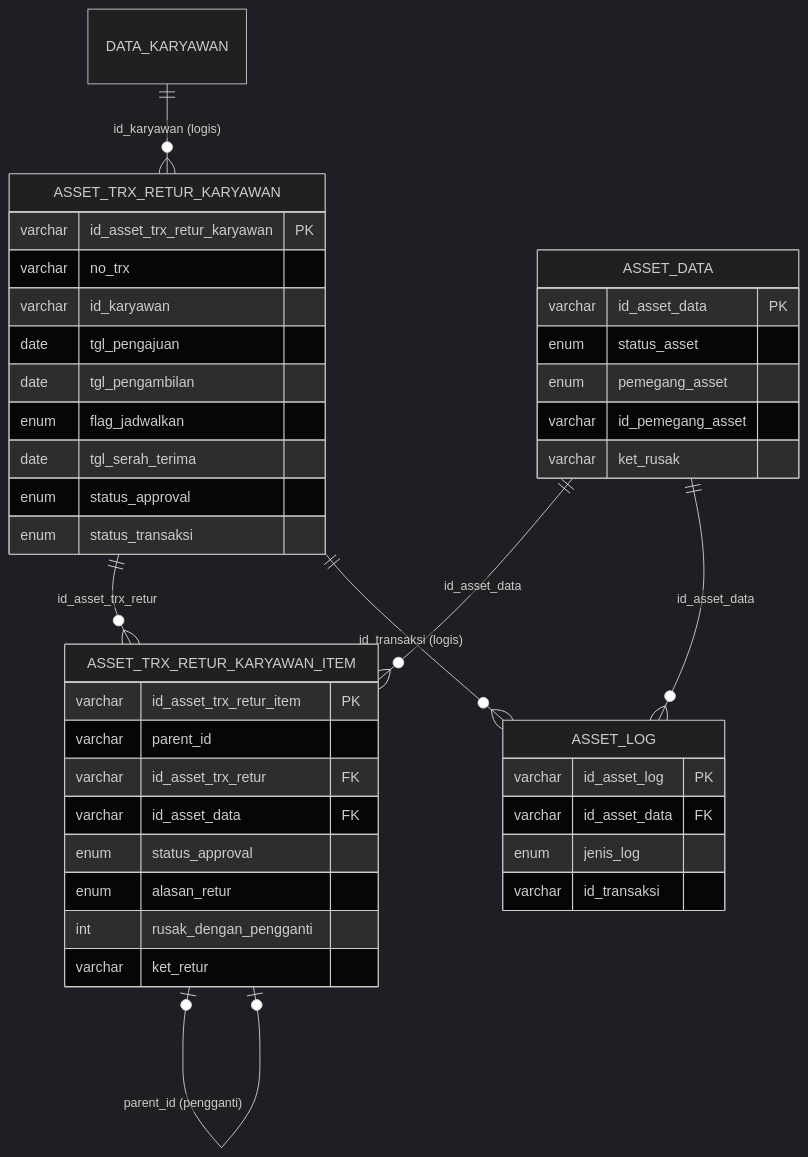
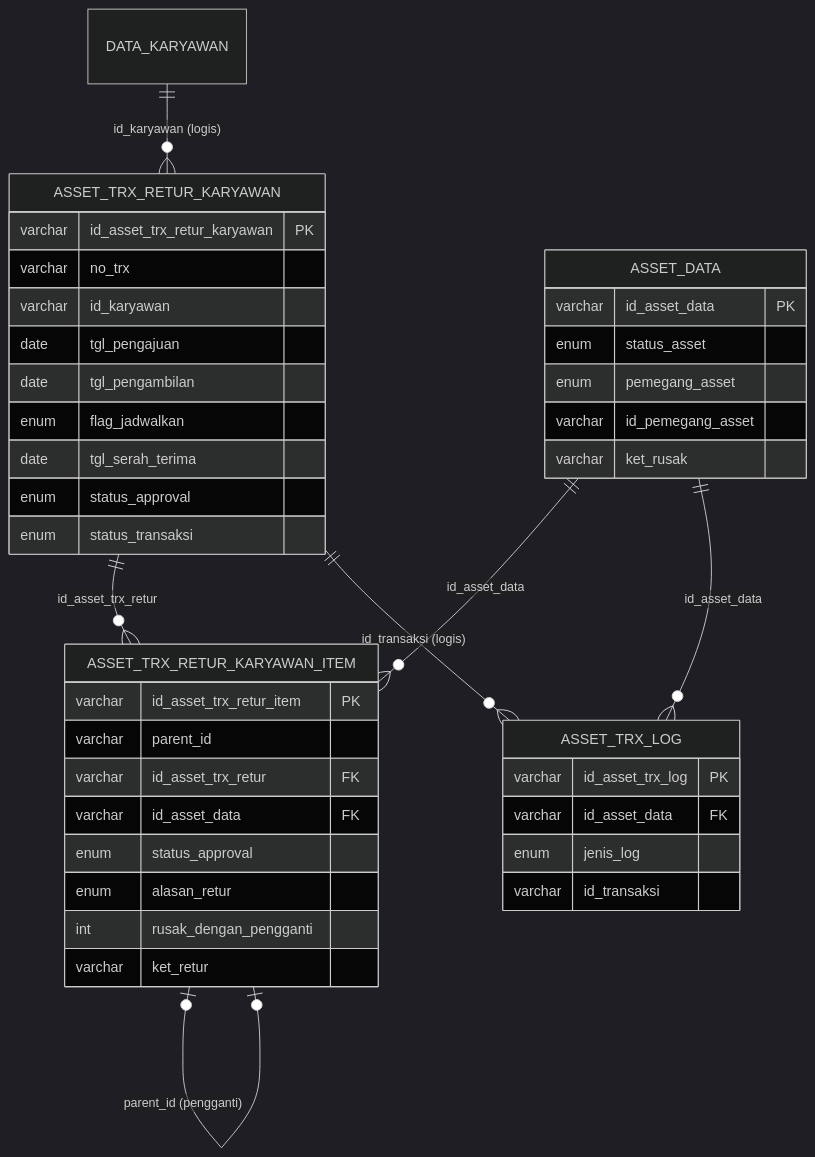
The fourth of 4 diagrams in dokumentasi-asset-retur-karyawan.md (setiyawan12/DOKUMENTASI-ASSET), drawn with Mermaid (dark theme) before and after one commit. The commit also changed other lines of this file and 34 other files, not shown here.

````diff
--- a/dokumentasi-asset-retur-karyawan.md
+++ b/dokumentasi-asset-retur-karyawan.md
@@ -364,44 +364,44 @@
 ```mermaid
 erDiagram
     ASSET_TRX_RETUR_KARYAWAN ||--o{ ASSET_TRX_RETUR_KARYAWAN_ITEM : "id_asset_trx_retur"
     ASSET_TRX_RETUR_KARYAWAN_ITEM |o--o| ASSET_TRX_RETUR_KARYAWAN_ITEM : "parent_id (pengganti)"
     ASSET_DATA ||--o{ ASSET_TRX_RETUR_KARYAWAN_ITEM : "id_asset_data"
     DATA_KARYAWAN ||--o{ ASSET_TRX_RETUR_KARYAWAN : "id_karyawan (logis)"
-    ASSET_DATA ||--o{ ASSET_LOG : "id_asset_data"
-    ASSET_TRX_RETUR_KARYAWAN ||--o{ ASSET_LOG : "id_transaksi (logis)"
+    ASSET_DATA ||--o{ ASSET_TRX_LOG : "id_asset_data"
+    ASSET_TRX_RETUR_KARYAWAN ||--o{ ASSET_TRX_LOG : "id_transaksi (logis)"
 
     ASSET_TRX_RETUR_KARYAWAN {
         varchar id_asset_trx_retur_karyawan PK
         varchar no_trx
         varchar id_karyawan
         date tgl_pengajuan
         date tgl_pengambilan
         enum flag_jadwalkan
         date tgl_serah_terima
         enum status_approval
         enum status_transaksi
     }
     ASSET_TRX_RETUR_KARYAWAN_ITEM {
         varchar id_asset_trx_retur_item PK
         varchar parent_id
         varchar id_asset_trx_retur FK
         varchar id_asset_data FK
         enum status_approval
         enum alasan_retur
         int rusak_dengan_pengganti
         varchar ket_retur
     }
     ASSET_DATA {
         varchar id_asset_data PK
         enum status_asset
         enum pemegang_asset
         varchar id_pemegang_asset
         varchar ket_rusak
     }
-    ASSET_LOG {
-        varchar id_asset_log PK
+    ASSET_TRX_LOG {
+        varchar id_asset_trx_log PK
         varchar id_asset_data FK
         enum jenis_log
         varchar id_transaksi
     }
 ```
````
